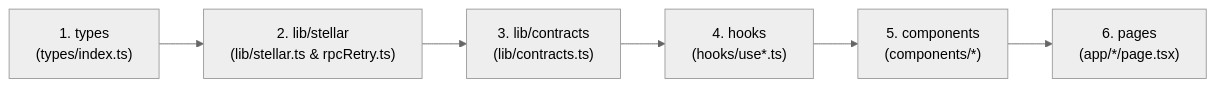
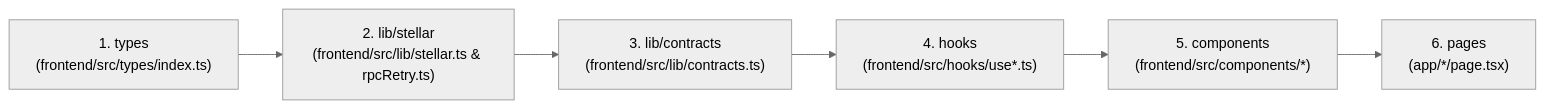
Before and after one commit to ada-nwali/AutoMint: the diagram in docs/ONBOARDING.md, drawn with Mermaid (neutral theme). The commit also changed other lines of this file, not shown here.

````diff
--- a/docs/ONBOARDING.md
+++ b/docs/ONBOARDING.md
@@ -21,8 +21,8 @@
 ```mermaid
 flowchart LR
-    Step1["1. types\n(types/index.ts)"] --> Step2["2. lib/stellar\n(lib/stellar.ts & rpcRetry.ts)"]
-    Step2 --> Step3["3. lib/contracts\n(lib/contracts.ts)"]
-    Step3 --> Step4["4. hooks\n(hooks/use*.ts)"]
-    Step4 --> Step5["5. components\n(components/*)"]
+    Step1["1. types\n(frontend/src/types/index.ts)"] --> Step2["2. lib/stellar\n(frontend/src/lib/stellar.ts & rpcRetry.ts)"]
+    Step2 --> Step3["3. lib/contracts\n(frontend/src/lib/contracts.ts)"]
+    Step3 --> Step4["4. hooks\n(frontend/src/hooks/use*.ts)"]
+    Step4 --> Step5["5. components\n(frontend/src/components/*)"]
     Step5 --> Step6["6. pages\n(app/*/page.tsx)"]
 ```
````
